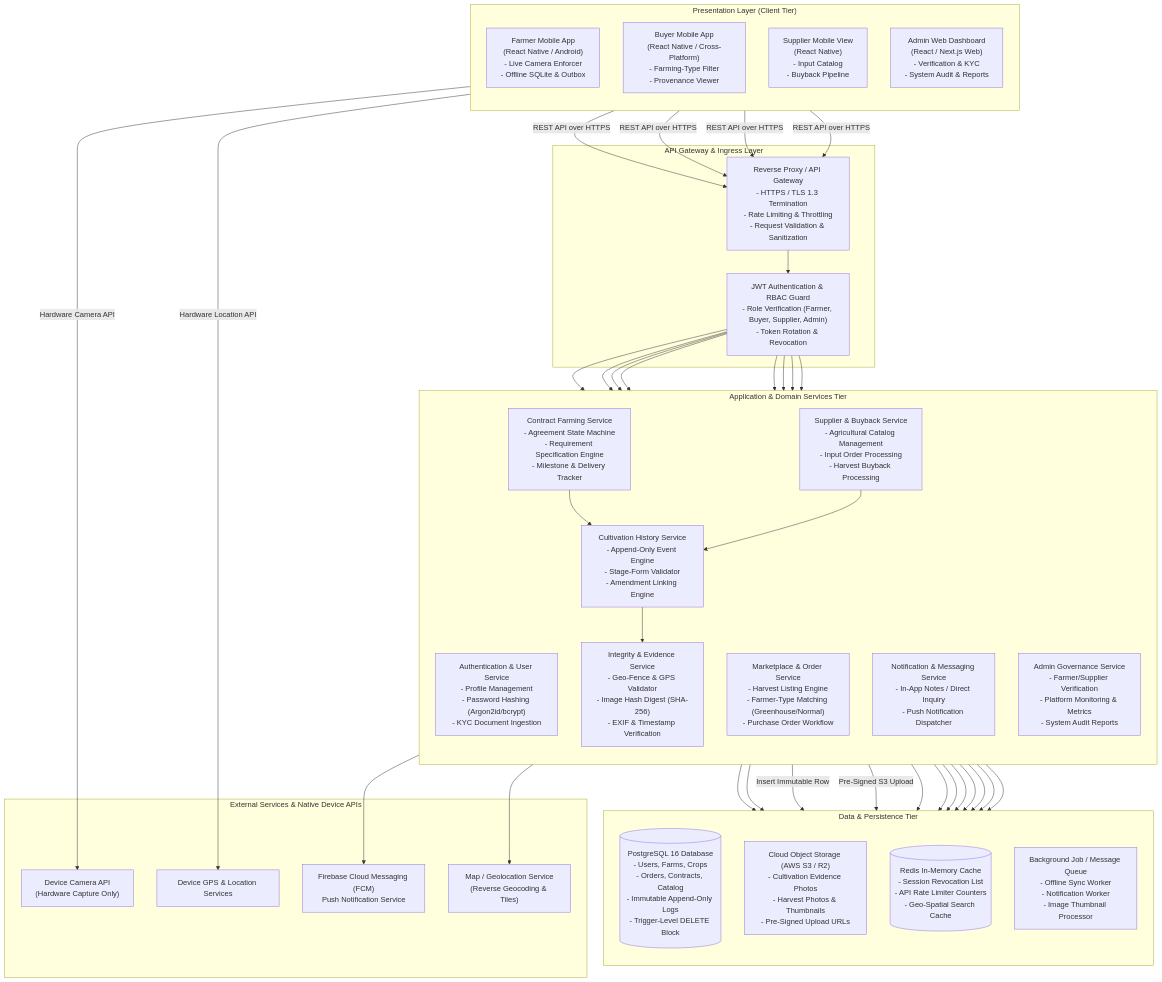
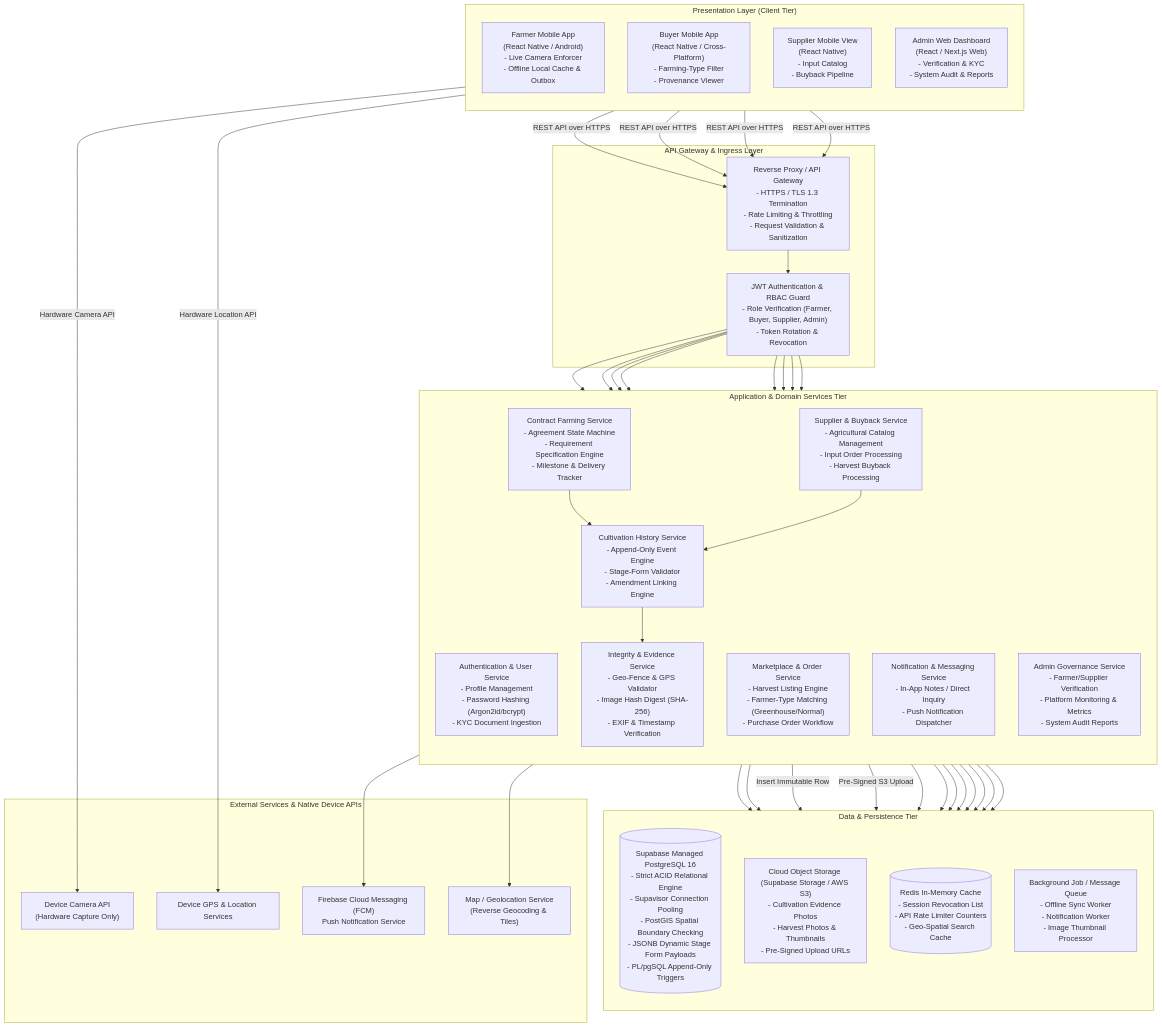
Before and after one commit to HemalshaAdasooriya/TraceRoot-Demo: the first of 3 diagrams in SYSTEM_ARCHITECTURE.md, drawn with Mermaid. The commit also changed other lines of this file and 10 other files, not shown here.

```diff
--- a/SYSTEM_ARCHITECTURE.md
+++ b/SYSTEM_ARCHITECTURE.md
@@ -57,7 +57,7 @@
 graph TB
     subgraph Presentation_Layer["Presentation Layer (Client Tier)"]
         direction TB
-        FarmerApp["Farmer Mobile App<br/>(React Native / Android)<br/>- Live Camera Enforcer<br/>- Offline SQLite & Outbox"]
+        FarmerApp["Farmer Mobile App<br/>(React Native / Android)<br/>- Live Camera Enforcer<br/>- Offline Local Cache & Outbox"]
         BuyerApp["Buyer Mobile App<br/>(React Native / Cross-Platform)<br/>- Farming-Type Filter<br/>- Provenance Viewer"]
         SupplierApp["Supplier Mobile View<br/>(React Native)<br/>- Input Catalog<br/>- Buyback Pipeline"]
         AdminWeb["Admin Web Dashboard<br/>(React / Next.js Web)<br/>- Verification & KYC<br/>- System Audit & Reports"]
@@ -82,8 +82,8 @@
 
     subgraph Persistence_Layer["Data & Persistence Tier"]
         direction TB
-        DB[(PostgreSQL 16 Database<br/>- Users, Farms, Crops<br/>- Orders, Contracts, Catalog<br/>- Immutable Append-Only Logs<br/>- Trigger-Level DELETE Block)]
-        CloudStorage["Cloud Object Storage (AWS S3 / R2)<br/>- Cultivation Evidence Photos<br/>- Harvest Photos & Thumbnails<br/>- Pre-Signed Upload URLs"]
+        DB[(Supabase Managed PostgreSQL 16<br/>- Strict ACID Relational Engine<br/>- Supavisor Connection Pooling<br/>- PostGIS Spatial Boundary Checking<br/>- JSONB Dynamic Stage Form Payloads<br/>- PL/pgSQL Append-Only Triggers)]
+        CloudStorage["Cloud Object Storage (Supabase Storage / AWS S3)<br/>- Cultivation Evidence Photos<br/>- Harvest Photos & Thumbnails<br/>- Pre-Signed Upload URLs"]
         RedisCache[("Redis In-Memory Cache<br/>- Session Revocation List<br/>- API Rate Limiter Counters<br/>- Geo-Spatial Search Cache")]
         SyncQueue["Background Job / Message Queue<br/>- Offline Sync Worker<br/>- Notification Worker<br/>- Image Thumbnail Processor"]
     end
```
